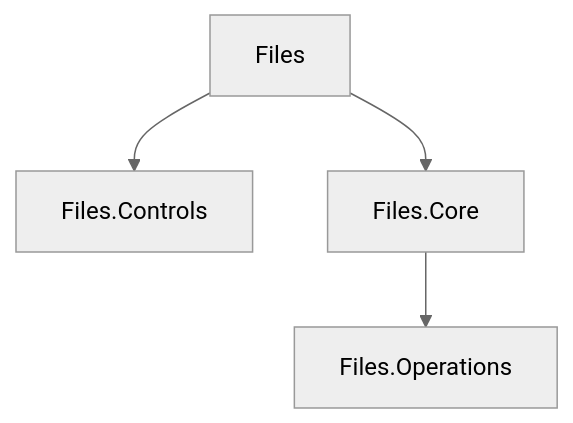
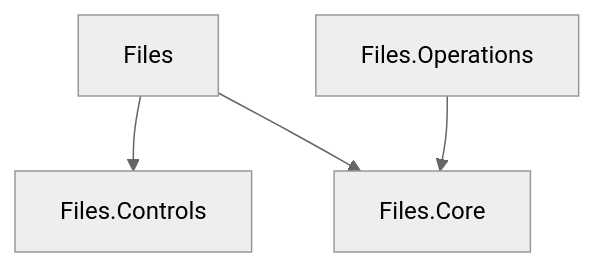
The diagram in docs/architecture/layering.md (0x5bfa/ReFiles), drawn with Mermaid (neutral theme) before and after one commit. The commit also changed other lines of this file and 4 other files, not shown here.

Commit message:
Document WinRT operation server architecture

````diff
--- a/docs/architecture/layering.md
+++ b/docs/architecture/layering.md
@@ -7,11 +7,11 @@
 ```mermaid
 flowchart TD
     Files[Files]
     Controls[Files.Controls]
     Core[Files.Core]
     Operations[Files.Operations]
 
     Files --> Controls
     Files --> Core
-    Core --> Operations
+    Operations --> Core
 ```
````
